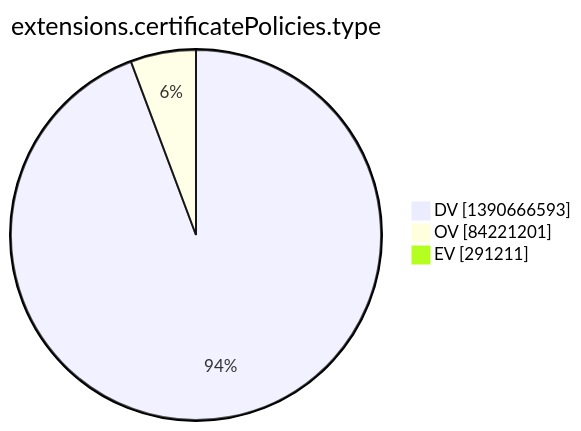
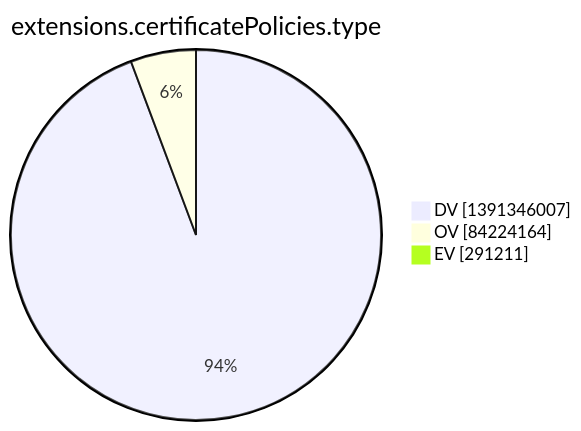
The tenth of 15 diagrams in argon2022/README.md (christiankrug/ctmonitor_visualization), drawn with Mermaid before and after one commit. The commit also changed other lines of this file, not shown here.

````diff
--- a/argon2022/README.md
+++ b/argon2022/README.md
@@ -2773,7 +2773,7 @@
 ```mermaid
 pie showData
 title extensions.certificatePolicies.type
-"DV" :1390666593
-"OV" :84221201
+"DV" :1391346007
+"OV" :84224164
 "EV" :291211
 ```
````
